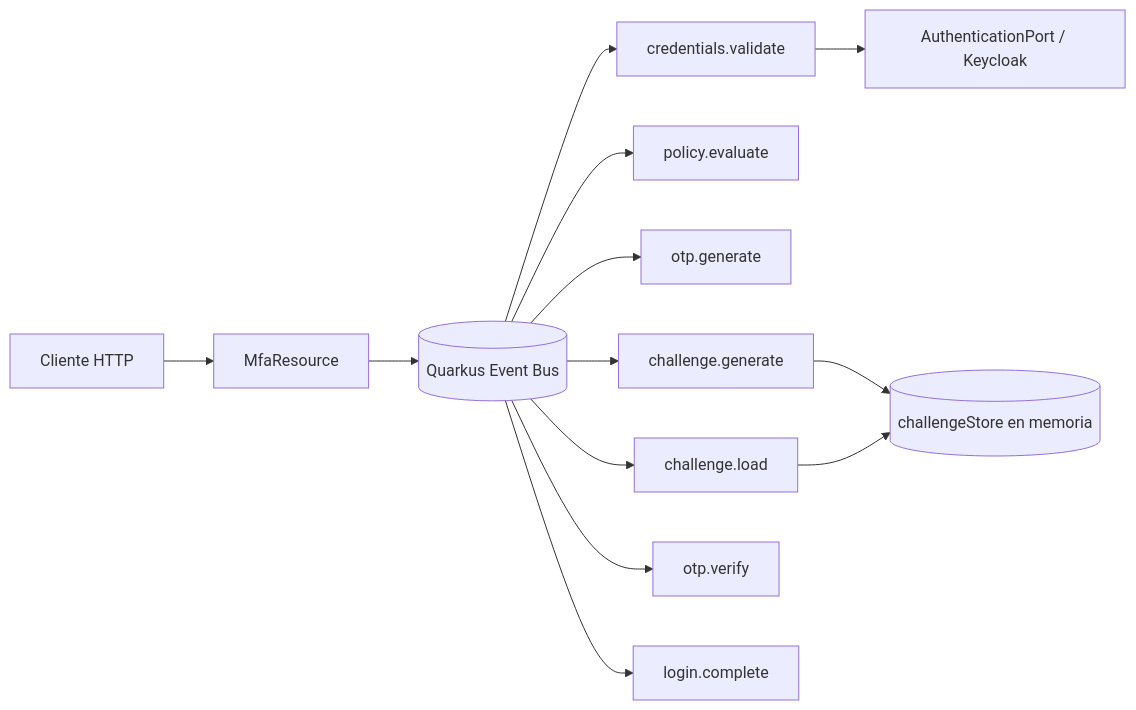
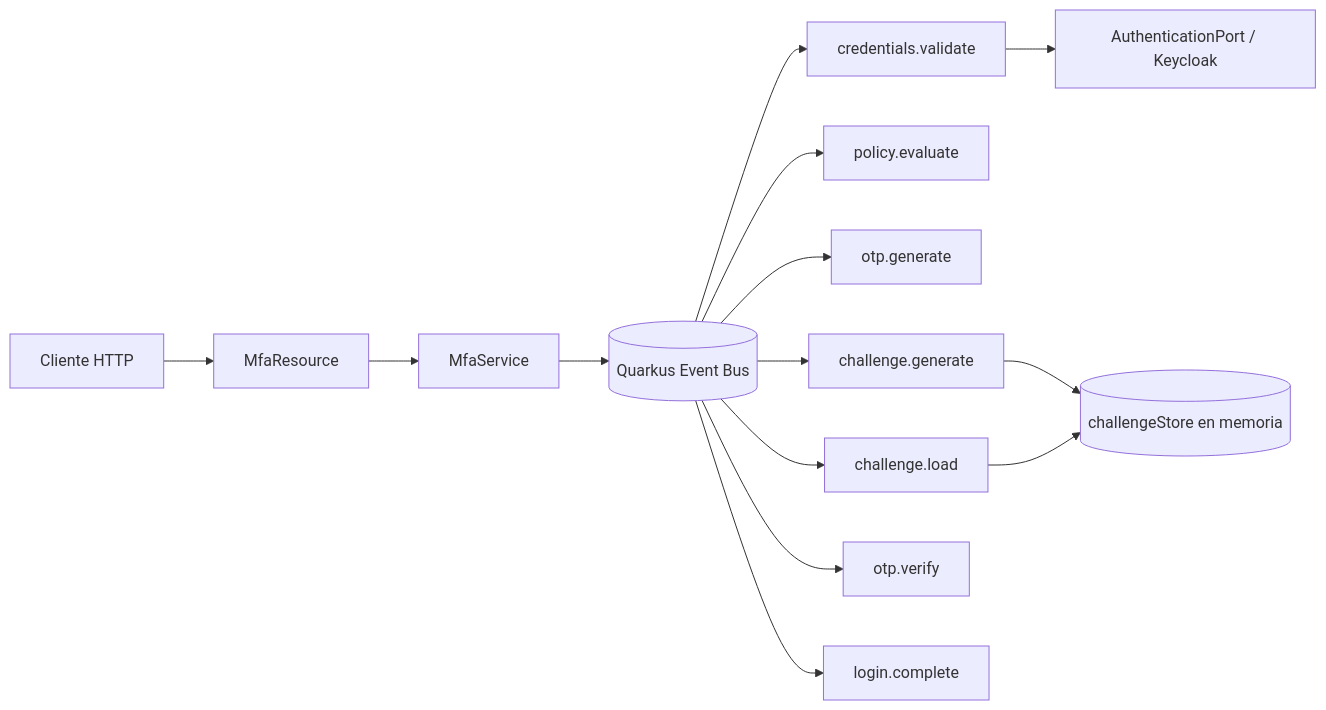
The seventh of 19 diagrams in content/session-06-event-bus-mfa.md (teamdroid-trainer/docs-docusaurus-trainer), drawn with Mermaid before and after one commit. The commit also changed other lines of this file and 7 other files, not shown here.

Commit message:
docs: division de kafka en teoria e implementacion con mdx interactivos y diagramas mermaid, resolucion de bugs de docusaurus

````diff
--- a/content/session-06-event-bus-mfa.md
+++ b/content/session-06-event-bus-mfa.md
@@ -208,15 +209,16 @@
 ```mermaid
 flowchart LR
     Client[Cliente HTTP] --> MfaResource[MfaResource]
-    MfaResource --> EB[(Quarkus Event Bus)]
+    MfaResource --> MfaService[MfaService]
+    MfaService --> EB[(Quarkus Event Bus)]
     EB --> C1[credentials.validate]
     EB --> C2[policy.evaluate]
     EB --> C3[otp.generate]
     EB --> C4[challenge.generate]
     EB --> C5[challenge.load]
     EB --> C6[otp.verify]
     EB --> C7[login.complete]
     C1 --> AuthPort[AuthenticationPort / Keycloak]
     C4 --> Store[(challengeStore en memoria)]
     C5 --> Store
 ```
````
